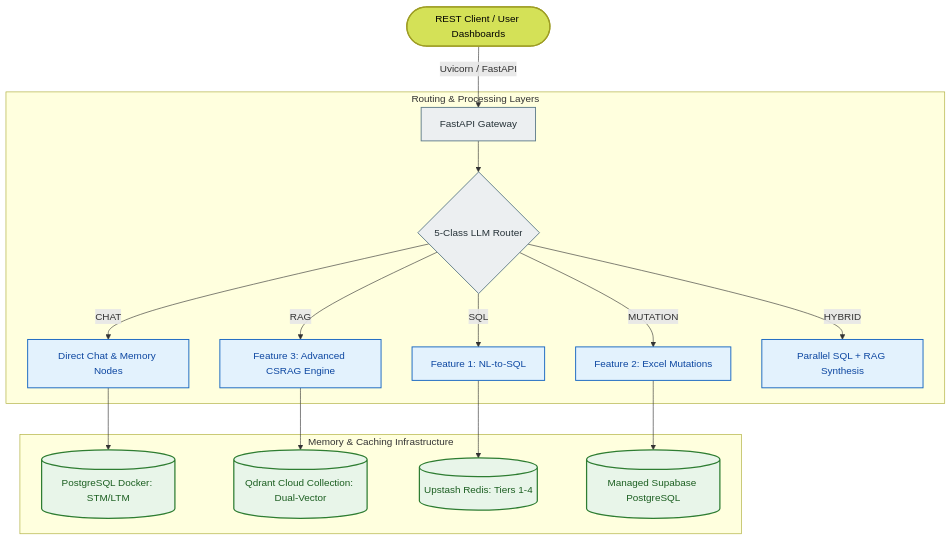
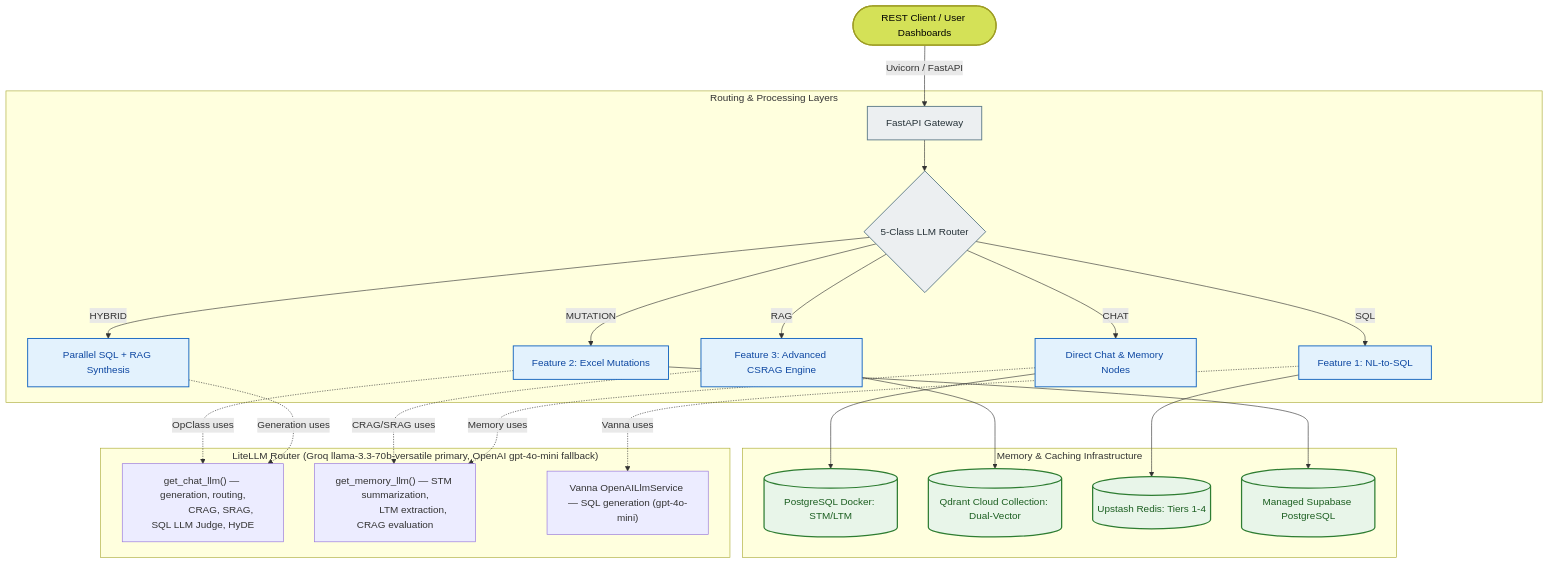
Before and after one commit to Manishekhar001/IDOP: the diagram in docs/system_design_report.md, drawn with Mermaid. The commit also changed 17 other files, not shown here.

Commit message:
docs: correct LLM provider, embeddings, Vanna, and memory LLM inaccuracies across all docs

````diff
--- a/docs/system_design_report.md
+++ b/docs/system_design_report.md
@@ -9,31 +9,44 @@
 ```mermaid
 graph TD
     %% Styling Definitions
     classDef client fill:#d4e157,stroke:#9e9d24,stroke-width:2px,color:#000;
     classDef gateway fill:#eceff1,stroke:#607d8b,stroke-width:1.5px,color:#263238;
     classDef internal fill:#e3f2fd,stroke:#1565c0,stroke-width:1.5px,color:#0d47a1;
     classDef storage fill:#e8f5e9,stroke:#2e7d32,stroke-width:2px,color:#1b5e20;
 
     Client([REST Client / User Dashboards]) -->|Uvicorn / FastAPI| API[FastAPI Gateway]
     
+    subgraph LLM_Layer["LiteLLM Router (Groq llama-3.3-70b-versatile primary, OpenAI gpt-4o-mini fallback)"]
+        LLM1["get_chat_llm() — generation, routing,
+              CRAG, SRAG, SQL LLM Judge, HyDE"]
+        LLM2["get_memory_llm() — STM summarization,
+              LTM extraction, CRAG evaluation"]
+        LLM3["Vanna OpenAILlmService — SQL generation (gpt-4o-mini)"]
+    end
+
     subgraph Routing & Processing Layers
         API --> Router{5-Class LLM Router}
         Router -->|SQL| F1[Feature 1: NL-to-SQL]
         Router -->|MUTATION| F2[Feature 2: Excel Mutations]
         Router -->|RAG| F3[Feature 3: Advanced CSRAG Engine]
         Router -->|CHAT| F4[Direct Chat & Memory Nodes]
         Router -->|HYBRID| F5[Parallel SQL + RAG Synthesis]
+        F1 -.->|Vanna uses| LLM3
+        F2 -.->|OpClass uses| LLM1
+        F3 -.->|CRAG/SRAG uses| LLM2
+        F4 -.->|Memory uses| LLM2
+        F5 -.->|Generation uses| LLM1
     end
 
     subgraph Memory & Caching Infrastructure
         F4 --> CheckDB[(PostgreSQL Docker: STM/LTM)]
         F3 --> Qdrant[(Qdrant Cloud Collection: Dual-Vector)]
         F1 --> RedisCache[(Upstash Redis: Tiers 1-4)]
         F2 --> Supabase[(Managed Supabase PostgreSQL)]
     end
 
     class Client client;
     class API,Router gateway;
     class F1,F2,F3,F4,F5 internal;
     class CheckDB,Qdrant,RedisCache,Supabase storage;
 ```
````
